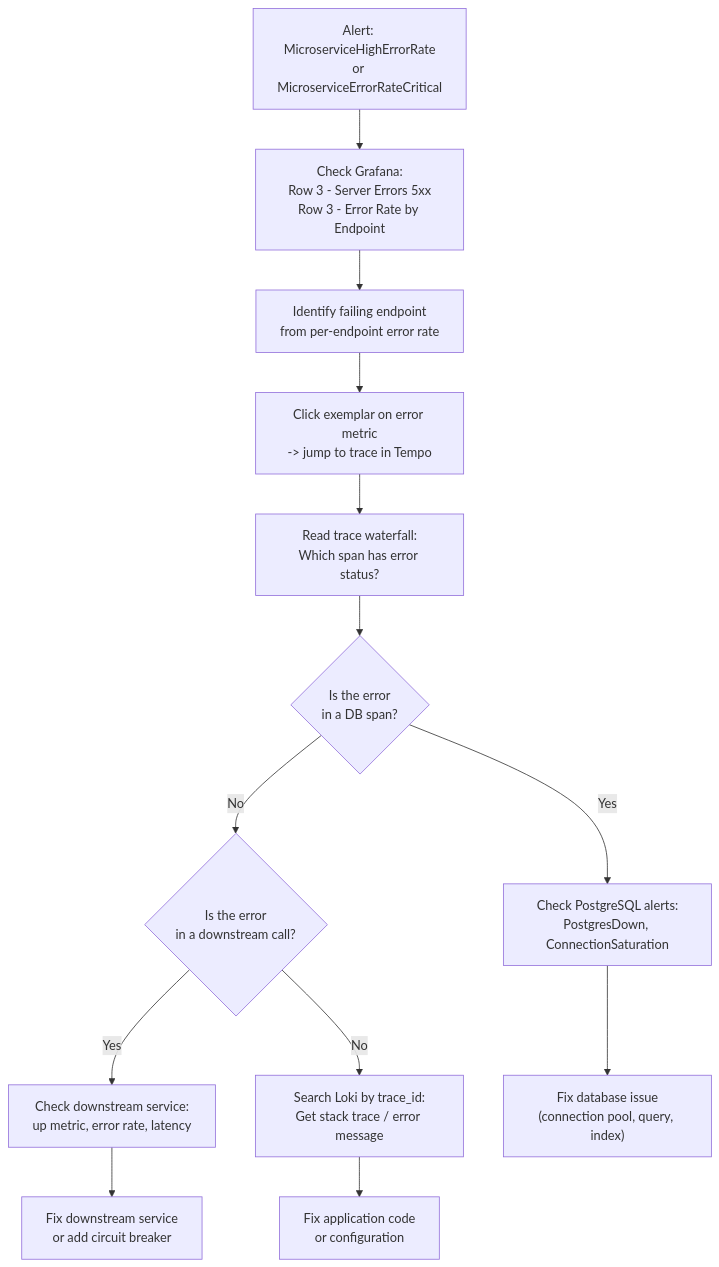
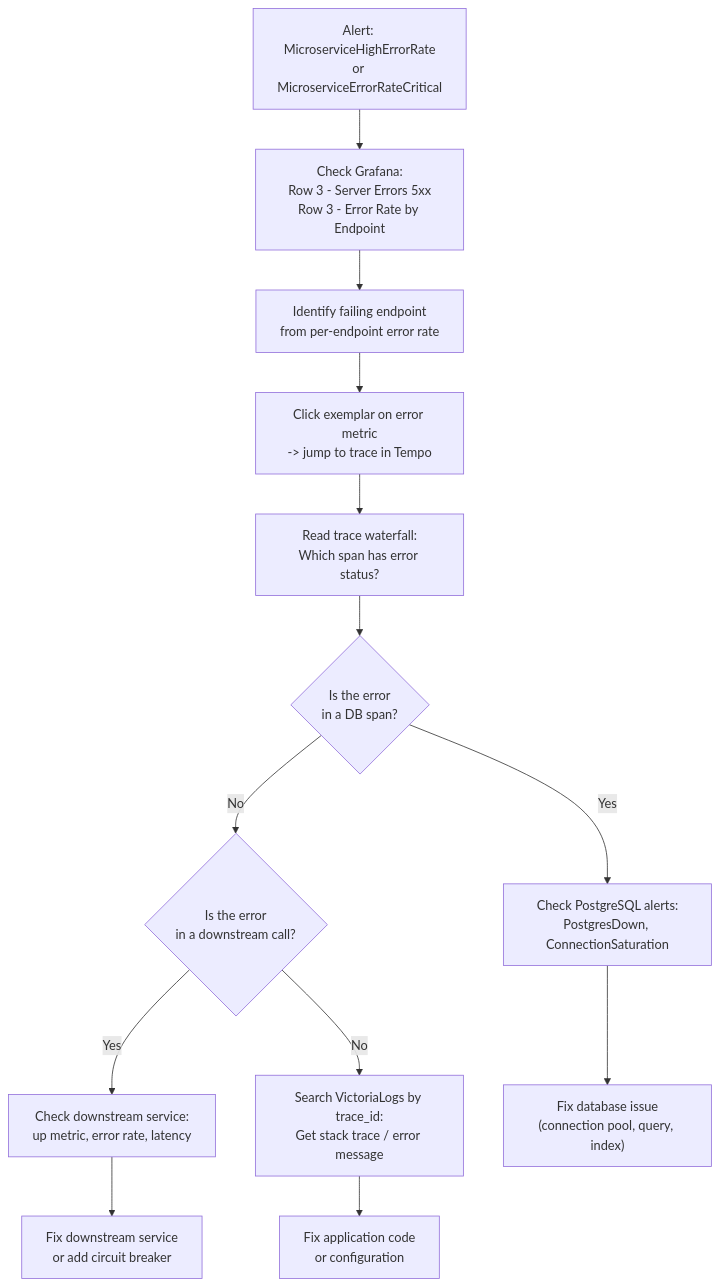
One commit to duynhlab/homelab changed the second of 5 diagrams in docs/observability/runbooks/microservices-alerts.md. Above: the diagram before and after it, drawn with Mermaid. The commit also changed other lines of this file and 5 other files, not shown here.

````diff
--- a/docs/observability/runbooks/microservices-alerts.md
+++ b/docs/observability/runbooks/microservices-alerts.md
@@ -625,21 +625,21 @@
 ```mermaid
 flowchart TD
     Start["Alert: MicroserviceHighErrorRate\nor MicroserviceErrorRateCritical"] --> CheckDashboard["Check Grafana:\nRow 3 - Server Errors 5xx\nRow 3 - Error Rate by Endpoint"]
 
     CheckDashboard --> IdentifyEndpoint["Identify failing endpoint\nfrom per-endpoint error rate"]
 
     IdentifyEndpoint --> CheckExemplar["Click exemplar on error metric\n-> jump to trace in Tempo"]
 
     CheckExemplar --> ReadTrace["Read trace waterfall:\nWhich span has error status?"]
 
     ReadTrace --> IsDB{Is the error\nin a DB span?}
     IsDB -->|Yes| CheckPostgres["Check PostgreSQL alerts:\nPostgresDown, ConnectionSaturation"]
     IsDB -->|No| IsDownstream{Is the error\nin a downstream call?}
 
     IsDownstream -->|Yes| CheckDownstream["Check downstream service:\nup metric, error rate, latency"]
-    IsDownstream -->|No| CheckLogs["Search Loki by trace_id:\nGet stack trace / error message"]
+    IsDownstream -->|No| CheckLogs["Search VictoriaLogs by trace_id:\nGet stack trace / error message"]
 
     CheckLogs --> FixCode["Fix application code\nor configuration"]
     CheckPostgres --> FixDB["Fix database issue\n(connection pool, query, index)"]
     CheckDownstream --> FixDownstream["Fix downstream service\nor add circuit breaker"]
 ```
````
